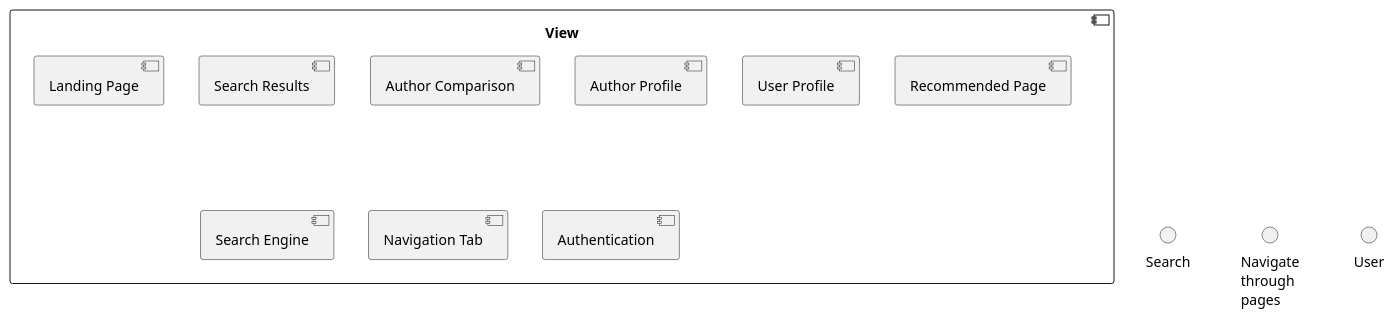
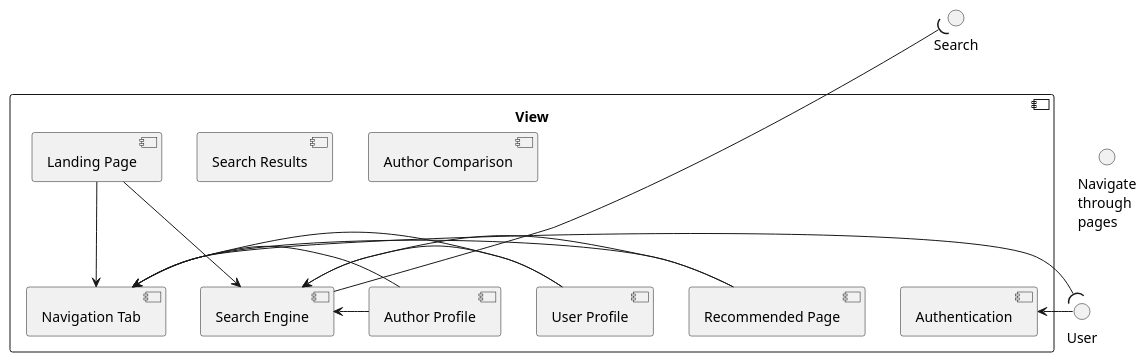
The diagram in docs/uml/ViewCompDiagr_NotReady.puml (pablo-schmeiser/Scholarizer), drawn with PlantUML before and after one commit.

Commit message:
added relations to components - resulted in total mess - all the formatting is useless

```diff
--- a/docs/uml/ViewCompDiagr_NotReady.puml
+++ b/docs/uml/ViewCompDiagr_NotReady.puml
@@ -1,50 +1,61 @@
 @startuml
 'https://plantuml.com/component-diagram
 
 '/Interfaces
 () "Search"
 () "Navigate\nthrough\npages"
 () "User"
 
 '/Alignment Interfaces
-"Search" -[hidden]up- View
-"Navigate\nthrough\npages" -[hidden]up- View
-"User" -[hidden]up- View
-
+"Search" -[hidden]down- "Navigate\nthrough\npages"
+"Navigate\nthrough\npages" -[hidden]down- "User"
 
 Component View {
 '/Components
     Component "Landing Page" as LandP
     Component "Search Results" as SRes
     Component "Author Comparison" as AutComp
     Component "Author Profile" as AutPro
     Component "User Profile" as UsPro
     Component "Recommended Page" as RecP
 
     Component "Search Engine" as SEn
     Component "Navigation Tab" as Navi
     Component "Authentication" as Auth
 
 '/Ports
 
 '/Top layer alignment
     LandP -[hidden]right- SRes
     SRes -[hidden]right- AutComp
     AutComp -[hidden]right- AutPro
     AutPro -[hidden]right- UsPro
     UsPro -[hidden]right- RecP
 
 '/Down layer alignment
     SRes -[hidden]down- SEn
     SEn -[hidden]right- Navi
     Navi -[hidden]right- Auth
 
-'/Relations
+'/Relations LandingPage
+    LandP -> SEn
+    SEn -( "Search"
+    LandP -> Navi
+    Navi -( "User"
+    "User" -> Auth
 
+'/Relations Author Profile
+    AutPro -> SEn
+    AutPro -> Navi
 
+'/Relations User Profile
+    UsPro -> SEn
+    UsPro -> Navi
 
-
+'/Relations Recommended Page
+    RecP -> SEn
+    RecP -> Navi
 
 }
 
 @enduml
```
